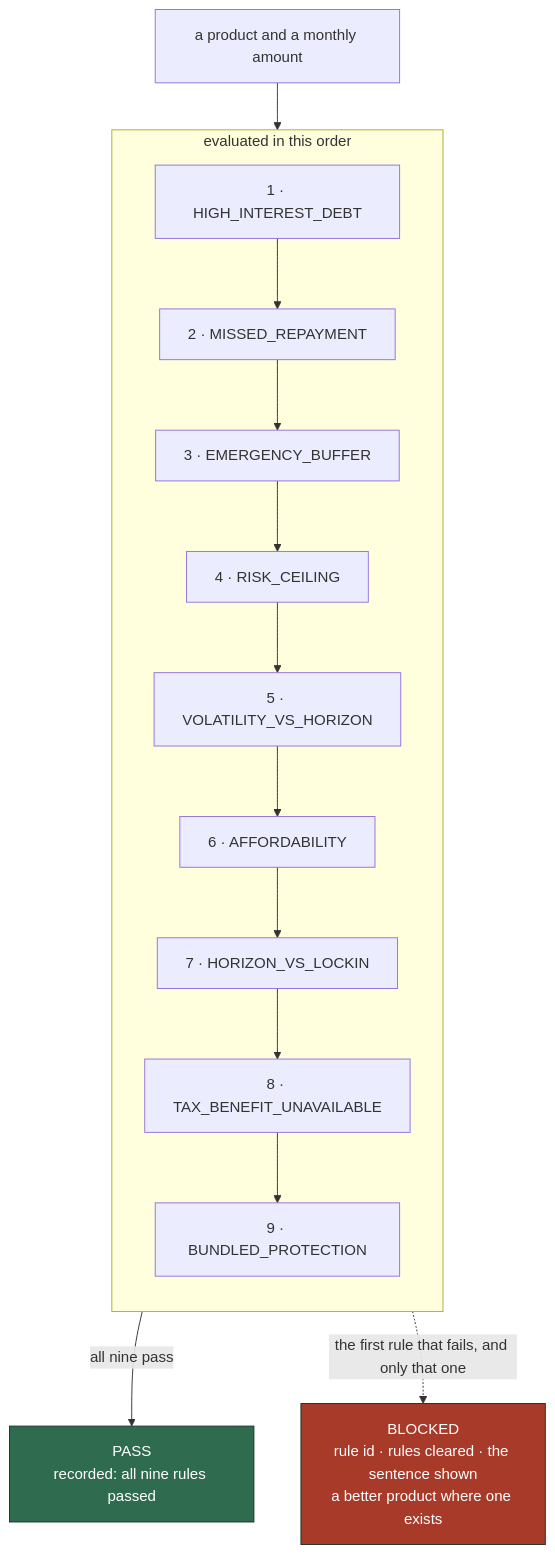
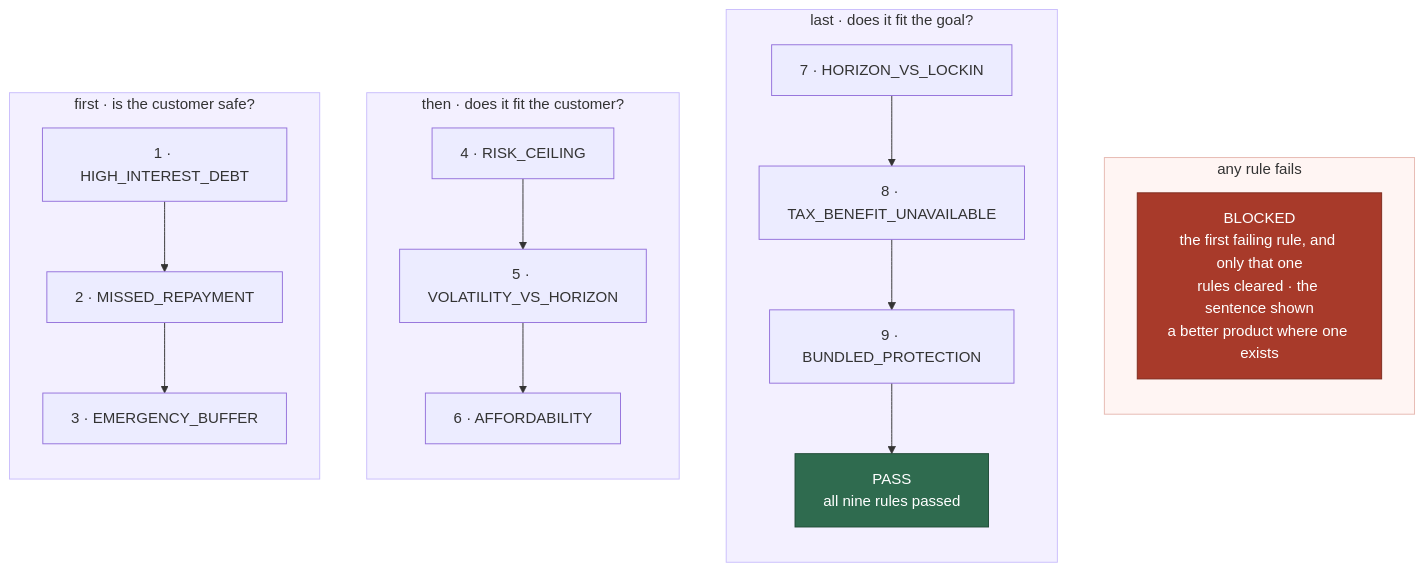
The third of 4 diagrams in README.md (dhan-sarthi/dhan-sarthi), drawn with Mermaid before and after one commit. The commit also changed other lines of this file, not shown here.

First line of the commit message:
Restyle the README for a first-time reader

````diff
--- a/README.md
+++ b/README.md
@@ -117,15 +131,26 @@
 ```mermaid
 flowchart TB
-    P["a product and a monthly amount"] --> R1
-    subgraph chain["evaluated in this order"]
+    subgraph S4["any rule fails"]
+      direction TB
+      B["BLOCKED<br/>the first failing rule, and only that one<br/>rules cleared · the sentence shown<br/>a better product where one exists"]
+    end
+    subgraph S3["last · does it fit the goal?"]
+      direction TB
+      R7["7 · HORIZON_VS_LOCKIN"] --> R8["8 · TAX_BENEFIT_UNAVAILABLE"] --> R9["9 · BUNDLED_PROTECTION"] --> OK["PASS<br/>all nine rules passed"]
+    end
+    subgraph S2["then · does it fit the customer?"]
+      direction TB
+      R4["4 · RISK_CEILING"] --> R5["5 · VOLATILITY_VS_HORIZON"] --> R6["6 · AFFORDABILITY"]
+    end
+    subgraph S1["first · is the customer safe?"]
       direction TB
       R1["1 · HIGH_INTEREST_DEBT"] --> R2["2 · MISSED_REPAYMENT"] --> R3["3 · EMERGENCY_BUFFER"]
-      R3 --> R4["4 · RISK_CEILING"] --> R5["5 · VOLATILITY_VS_HORIZON"] --> R6["6 · AFFORDABILITY"]
-      R6 --> R7["7 · HORIZON_VS_LOCKIN"] --> R8["8 · TAX_BENEFIT_UNAVAILABLE"] --> R9["9 · BUNDLED_PROTECTION"]
     end
-    R9 -->|all nine pass| OK["PASS<br/>recorded: all nine rules passed"]
-    chain -.->|the first rule that fails, and only that one| B["BLOCKED<br/>rule id · rules cleared · the sentence shown<br/>a better product where one exists"]
 
-    style B fill:#a83a2a,color:#fff,stroke:#16342a
-    style OK fill:#2f6b4f,color:#fff,stroke:#16342a
+    style OK fill:#2f6b4f,color:#fff,stroke:#1f4a36
+    style B fill:#a83a2a,color:#fff,stroke:#7d2a1e
+    style S1 fill:#f3f0ff,stroke:#c9bdfc
+    style S2 fill:#f3f0ff,stroke:#c9bdfc
+    style S3 fill:#f3f0ff,stroke:#c9bdfc
+    style S4 fill:#fff5f3,stroke:#e6b8b0
 ```
````
